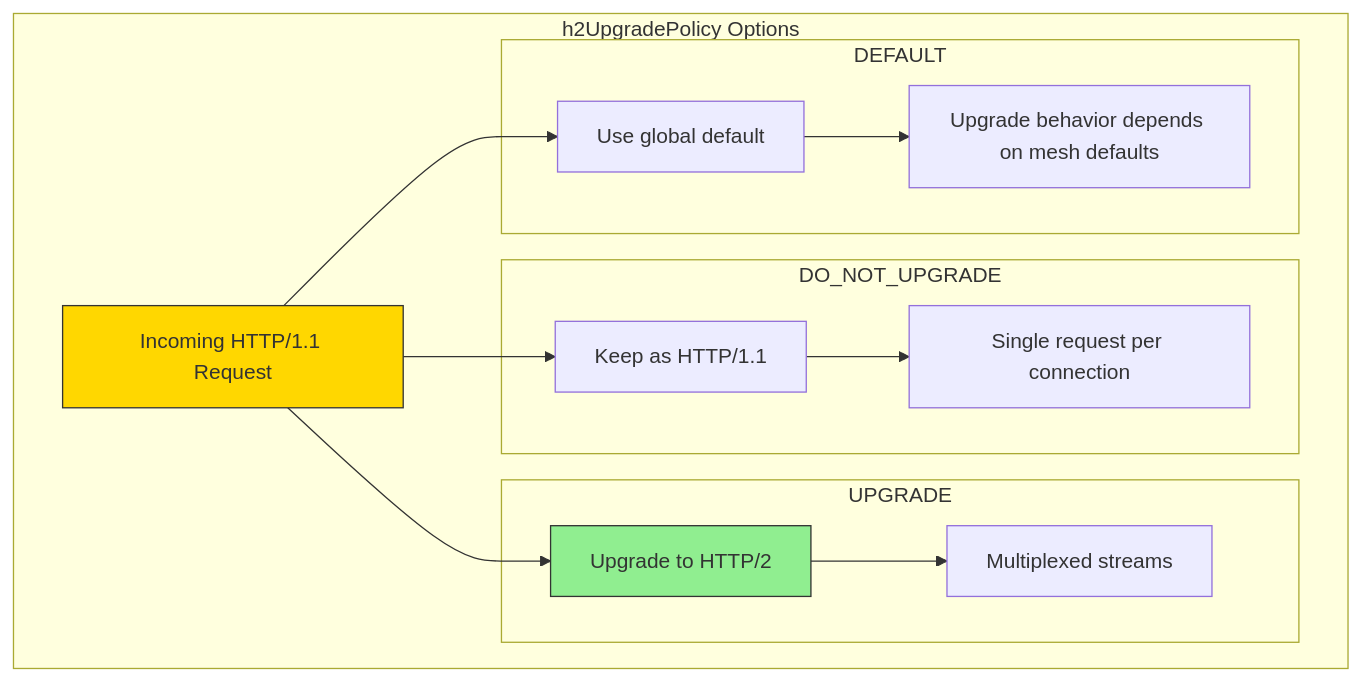
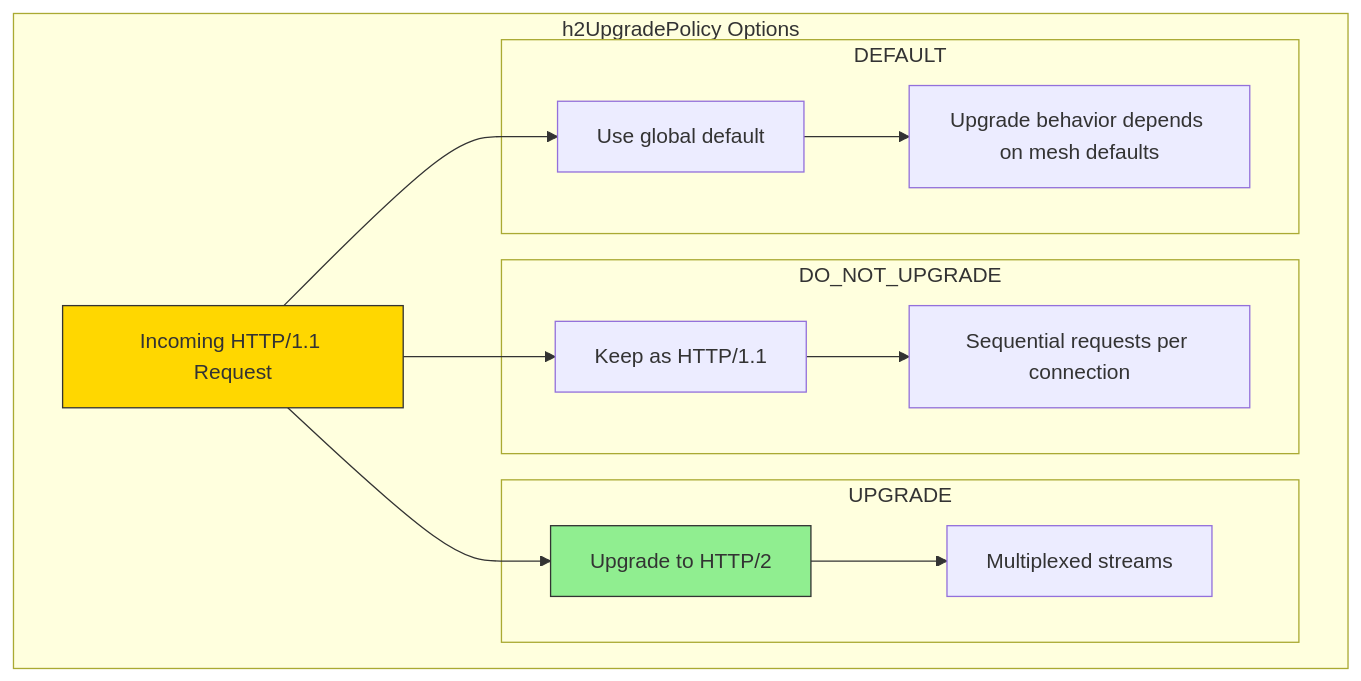
One commit to OneUptime/blog changed the fourth of 5 diagrams in posts/2026-01-07-istio-connection-pooling/README.md. Above: the diagram before and after it, drawn with Mermaid. The commit also changed other lines of this file and 5153 other files, not shown here.

````diff
--- a/posts/2026-01-07-istio-connection-pooling/README.md
+++ b/posts/2026-01-07-istio-connection-pooling/README.md
@@ -250,31 +250,31 @@
 ```mermaid
 flowchart TD
     subgraph "h2UpgradePolicy Options"
         A[Incoming HTTP/1.1 Request]
 
         subgraph "DO_NOT_UPGRADE"
             B1[Keep as HTTP/1.1]
-            C1[Single request per connection]
+            C1[Sequential requests per connection]
         end
 
         subgraph "UPGRADE"
             B2[Upgrade to HTTP/2]
             C2[Multiplexed streams]
         end
 
         subgraph "DEFAULT"
             B3[Use global default]
             C3[Upgrade behavior depends on mesh defaults]
         end
     end
 
     A --> B1
     A --> B2
     A --> B3
     B1 --> C1
     B2 --> C2
     B3 --> C3
 
     style A fill:#FFD700,stroke:#333
     style B2 fill:#90EE90,stroke:#333
 ```
````
